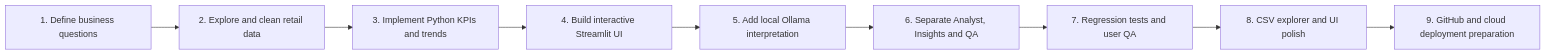
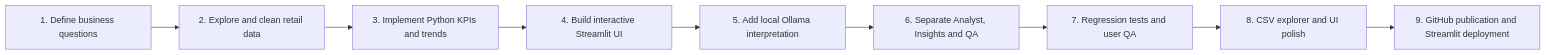
The fourth of 4 diagrams in README.md (RuturajM31/insightpilot_ai), drawn with Mermaid before and after one commit. The commit also changed other lines of this file, not shown here.

````diff
--- a/README.md
+++ b/README.md
@@ -343,11 +342,11 @@
 ```mermaid
 flowchart LR
     A[1. Define business questions] --> B[2. Explore and clean retail data]
     B --> C[3. Implement Python KPIs and trends]
     C --> D[4. Build interactive Streamlit UI]
     D --> E[5. Add local Ollama interpretation]
     E --> F[6. Separate Analyst, Insights and QA]
     F --> G[7. Regression tests and user QA]
     G --> H[8. CSV explorer and UI polish]
-    H --> I[9. GitHub and cloud deployment preparation]
+    H --> I[9. GitHub publication and Streamlit deployment]
 ```
````
